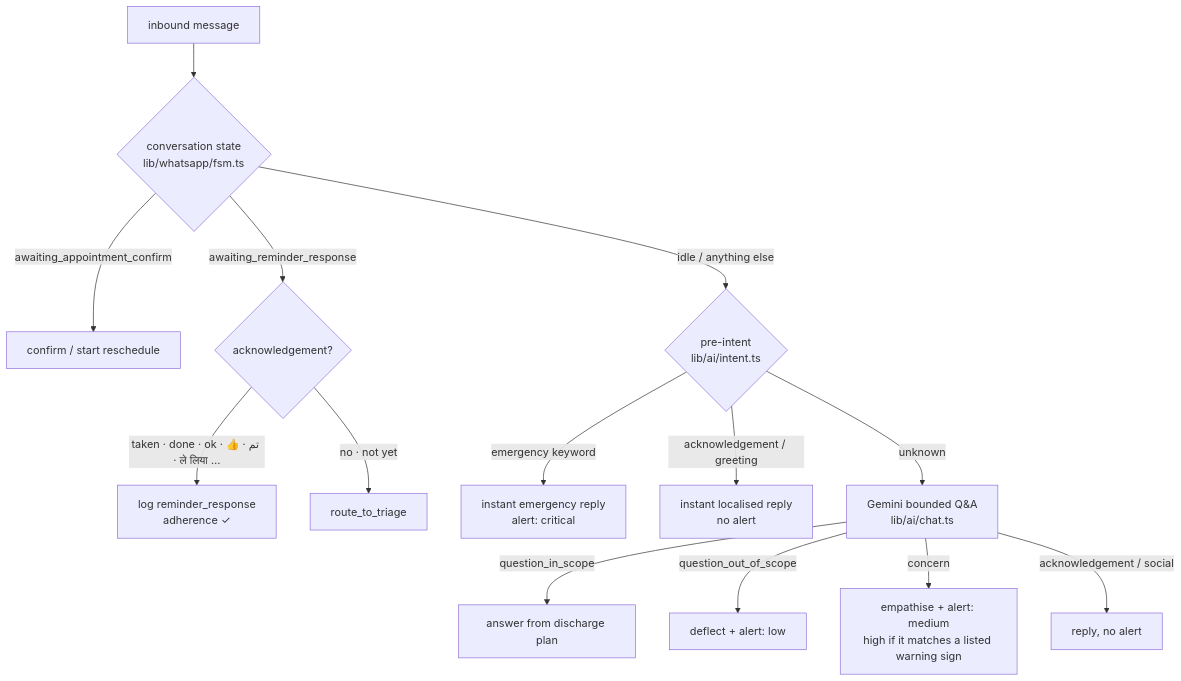
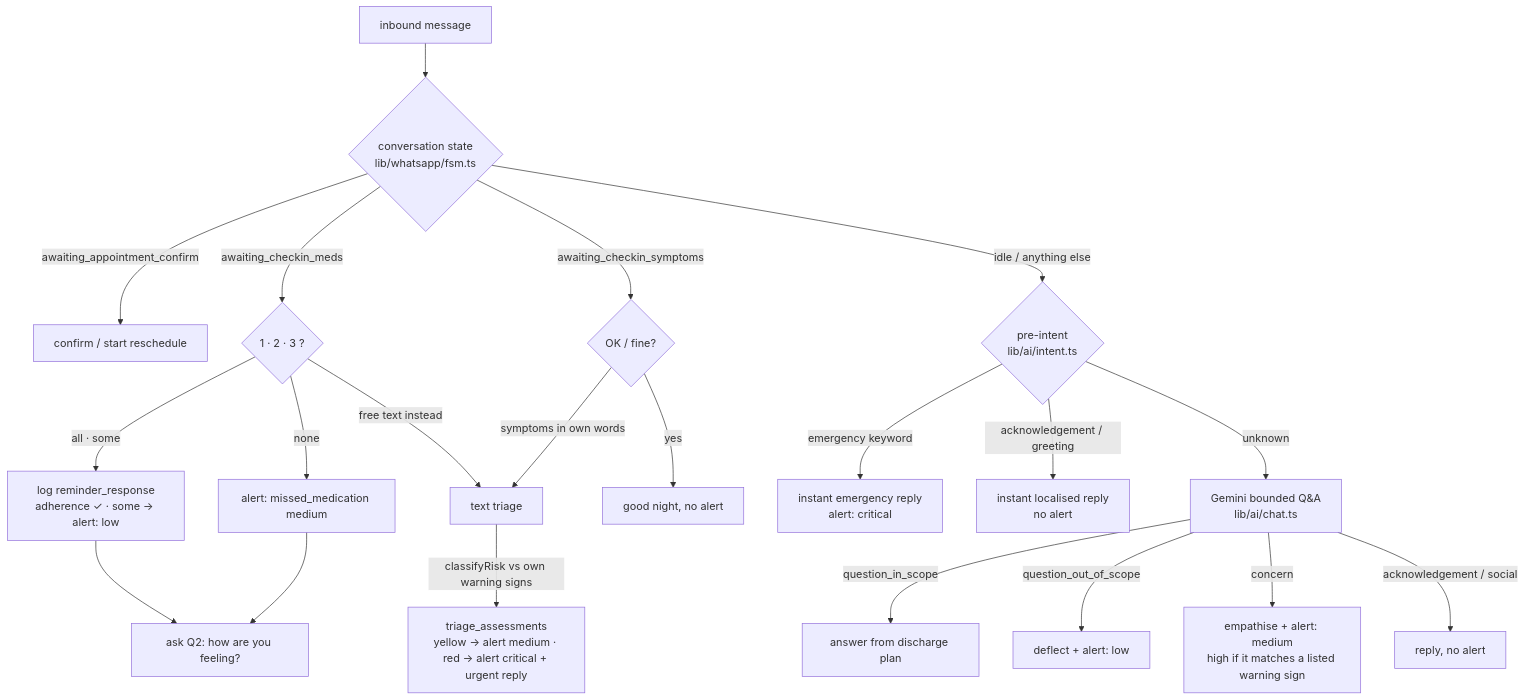
One commit to FuadAhamed91/-DischargeIQ changed the second of 2 diagrams in README.md. Above: the diagram before and after it, drawn with Mermaid. The commit also changed other lines of this file and 20 other files, not shown here.

````diff
--- a/README.md
+++ b/README.md
@@ -86,16 +103,23 @@
 ```mermaid
 flowchart TD
   M[inbound message] --> S{conversation state<br/>lib/whatsapp/fsm.ts}
   S -->|awaiting_appointment_confirm| AP[confirm / start reschedule]
-  S -->|awaiting_reminder_response| R{acknowledgement?}
-  R -->|taken · done · ok · 👍 · تم · ले लिया …| L[log reminder_response<br/>adherence ✓]
-  R -->|no · not yet| T[route_to_triage]
+  S -->|awaiting_checkin_meds| Q1{1 · 2 · 3 ?}
+  Q1 -->|all · some| L[log reminder_response<br/>adherence ✓ · some → alert: low]
+  Q1 -->|none| N[alert: missed_medication medium]
+  L --> Q2ask[ask Q2: how are you feeling?]
+  N --> Q2ask
+  Q1 -->|free text instead| T2[text triage]
+  S -->|awaiting_checkin_symptoms| Q2{OK / fine?}
+  Q2 -->|yes| GN[good night, no alert]
+  Q2 -->|symptoms in own words| T2
+  T2 -->|classifyRisk vs own warning signs| TR[triage_assessments<br/>yellow → alert medium · red → alert critical + urgent reply]
   S -->|idle / anything else| P{pre-intent<br/>lib/ai/intent.ts}
   P -->|emergency keyword| E[instant emergency reply<br/>alert: critical]
   P -->|acknowledgement / greeting| I[instant localised reply<br/>no alert]
   P -->|unknown| G[Gemini bounded Q&A<br/>lib/ai/chat.ts]
   G -->|question_in_scope| A1[answer from discharge plan]
   G -->|question_out_of_scope| A2[deflect + alert: low]
   G -->|concern| A3[empathise + alert: medium<br/>high if it matches a listed warning sign]
   G -->|acknowledgement / social| A4[reply, no alert]
 ```
````
